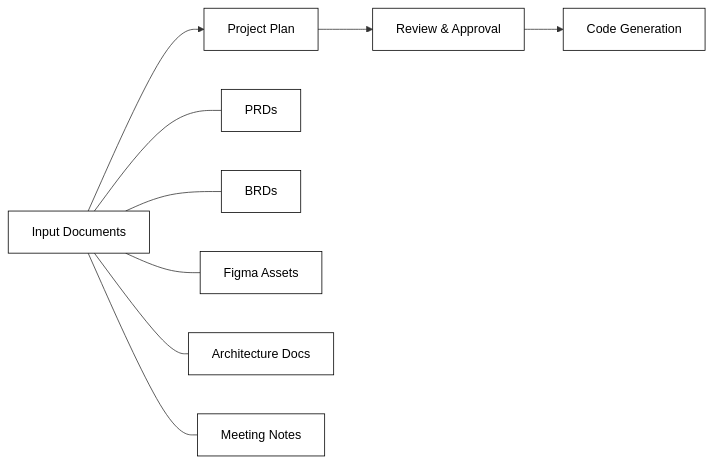
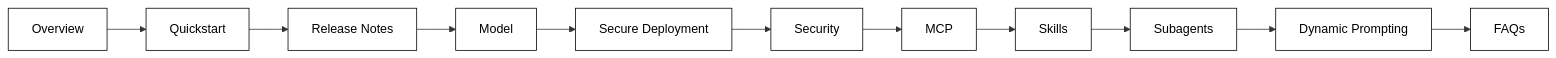
The second of 2 diagrams in readme.md (kavia-subham/kavia-docs), drawn with Mermaid before and after one commit. The commit also changed other lines of this file and 1 other file, not shown here.

````diff
--- a/readme.md
+++ b/readme.md
@@ -78,22 +108,25 @@
 ```mermaid
 graph LR
-    INPUT["Input Documents"] --> PLAN["Project Plan"]
-    PLAN --> REVIEW["Review & Approval"]
-    REVIEW --> CODEGEN["Code Generation"]
+    A["Overview"] --> B["Quickstart"]
+    B --> C["Release Notes"]
+    C --> D["Model"]
+    D --> E["Secure Deployment"]
+    E --> F["Security"]
+    F --> G["MCP"]
+    G --> H["Skills"]
+    H --> I["Subagents"]
+    I --> J["Dynamic Prompting"]
+    J --> K["FAQs"]
 
-    INPUT --- PRD["PRDs"]
-    INPUT --- BRD["BRDs"]
-    INPUT --- FIG["Figma Assets"]
-    INPUT --- ARCH["Architecture Docs"]
-    INPUT --- MEET["Meeting Notes"]
-
-    style INPUT fill:#ffffff,stroke:#000000,color:#000000
-    style PLAN fill:#ffffff,stroke:#000000,color:#000000
-    style REVIEW fill:#ffffff,stroke:#000000,color:#000000
-    style CODEGEN fill:#ffffff,stroke:#000000,color:#000000
-    style PRD fill:#ffffff,stroke:#000000,color:#000000
-    style BRD fill:#ffffff,stroke:#000000,color:#000000
-    style FIG fill:#ffffff,stroke:#000000,color:#000000
-    style ARCH fill:#ffffff,stroke:#000000,color:#000000
-    style MEET fill:#ffffff,stroke:#000000,color:#000000
+    style A fill:#ffffff,stroke:#000000,color:#000000
+    style B fill:#ffffff,stroke:#000000,color:#000000
+    style C fill:#ffffff,stroke:#000000,color:#000000
+    style D fill:#ffffff,stroke:#000000,color:#000000
+    style E fill:#ffffff,stroke:#000000,color:#000000
+    style F fill:#ffffff,stroke:#000000,color:#000000
+    style G fill:#ffffff,stroke:#000000,color:#000000
+    style H fill:#ffffff,stroke:#000000,color:#000000
+    style I fill:#ffffff,stroke:#000000,color:#000000
+    style J fill:#ffffff,stroke:#000000,color:#000000
+    style K fill:#ffffff,stroke:#000000,color:#000000
 ```
````
